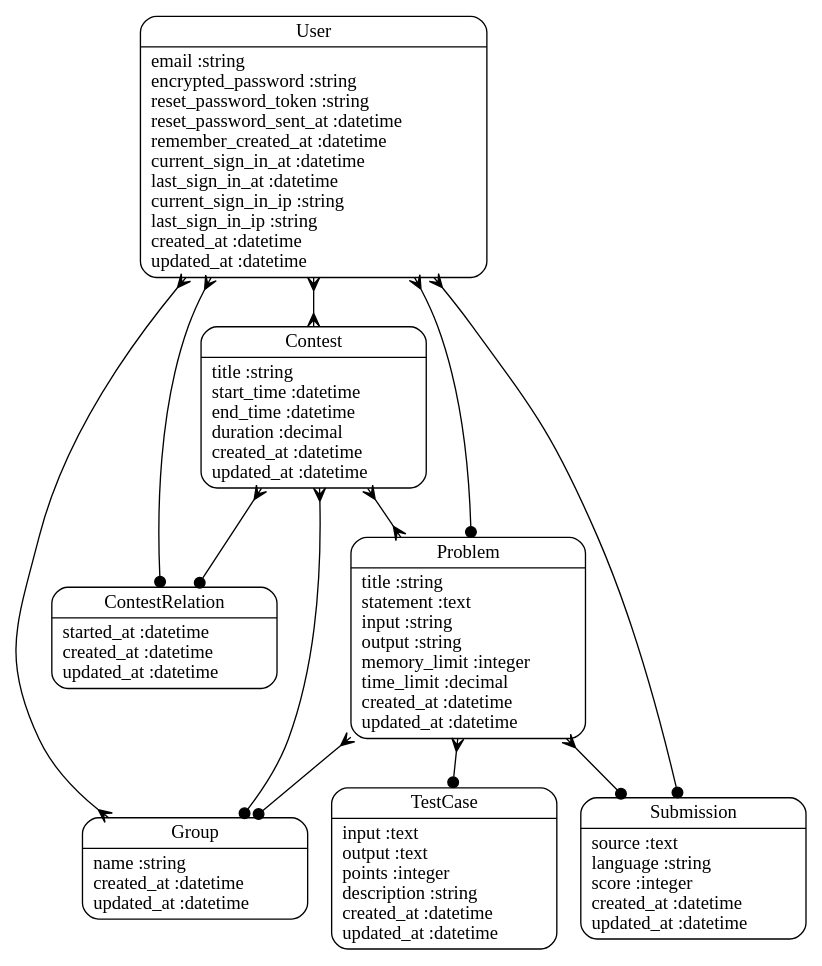
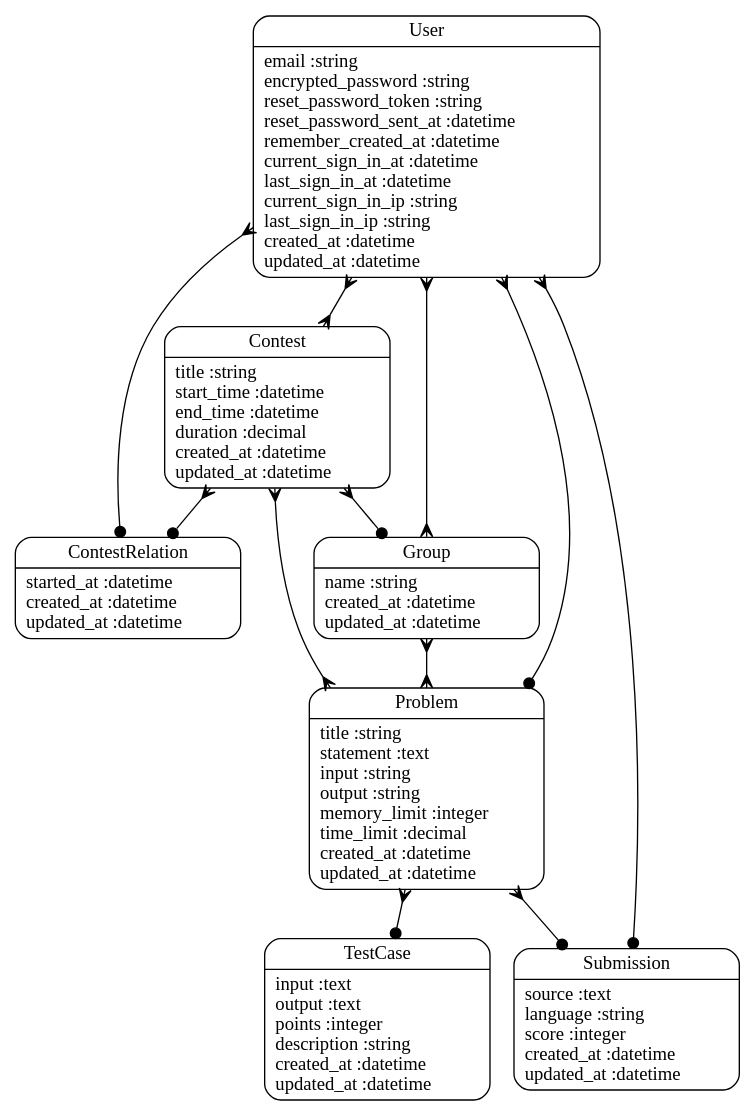
Before and after one commit to NZOI/nztrain: the diagram in g.dot, drawn with Graphviz. The commit also changed 6 other files, not shown here.

```diff
--- a/g.dot
+++ b/g.dot
@@ -1,21 +1,21 @@
 digraph models_diagram {
 	graph[overlap=false, splines=true]
 	"User" [shape=Mrecord, label="{User|email :string\lencrypted_password :string\lreset_password_token :string\lreset_password_sent_at :datetime\lremember_created_at :datetime\lcurrent_sign_in_at :datetime\llast_sign_in_at :datetime\lcurrent_sign_in_ip :string\llast_sign_in_ip :string\lcreated_at :datetime\lupdated_at :datetime\l}"]
 	"Group" [shape=Mrecord, label="{Group|name :string\lcreated_at :datetime\lupdated_at :datetime\l}"]
 	"ContestRelation" [shape=Mrecord, label="{ContestRelation|started_at :datetime\lcreated_at :datetime\lupdated_at :datetime\l}"]
 	"TestCase" [shape=Mrecord, label="{TestCase|input :text\loutput :text\lpoints :integer\ldescription :string\lcreated_at :datetime\lupdated_at :datetime\l}"]
 	"Contest" [shape=Mrecord, label="{Contest|title :string\lstart_time :datetime\lend_time :datetime\lduration :decimal\lcreated_at :datetime\lupdated_at :datetime\l}"]
 	"Submission" [shape=Mrecord, label="{Submission|source :text\llanguage :string\lscore :integer\lcreated_at :datetime\lupdated_at :datetime\l}"]
 	"Problem" [shape=Mrecord, label="{Problem|title :string\lstatement :text\linput :string\loutput :string\lmemory_limit :integer\ltime_limit :decimal\lcreated_at :datetime\lupdated_at :datetime\l}"]
 	"User" -> "Problem" [arrowtail=crow, arrowhead=dot, dir=both]
 	"User" -> "Submission" [arrowtail=crow, arrowhead=dot, dir=both]
 	"User" -> "ContestRelation" [arrowtail=crow, arrowhead=dot, dir=both]
 	"User" -> "Contest" [arrowtail=crow, arrowhead=crow, dir=both]
 	"Group" -> "User" [arrowtail=crow, arrowhead=crow, dir=both]
+	"Group" -> "Problem" [arrowtail=crow, arrowhead=crow, dir=both]
 	"Contest" -> "Problem" [arrowtail=crow, arrowhead=crow, dir=both]
 	"Contest" -> "ContestRelation" [arrowtail=crow, arrowhead=dot, dir=both]
 	"Contest" -> "Group" [arrowtail=crow, arrowhead=dot, dir=both]
 	"Problem" -> "TestCase" [arrowtail=crow, arrowhead=dot, dir=both]
 	"Problem" -> "Submission" [arrowtail=crow, arrowhead=dot, dir=both]
-	"Problem" -> "Group" [arrowtail=crow, arrowhead=dot, dir=both]
 }
```
